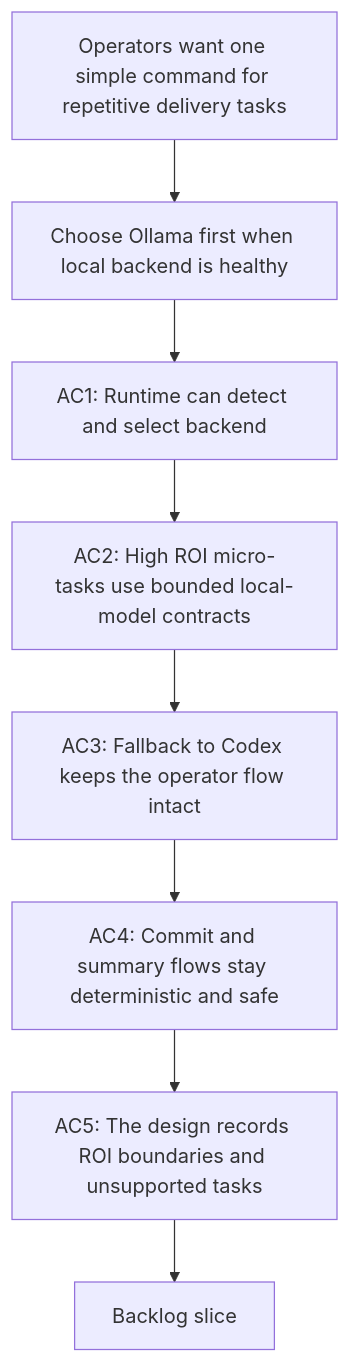
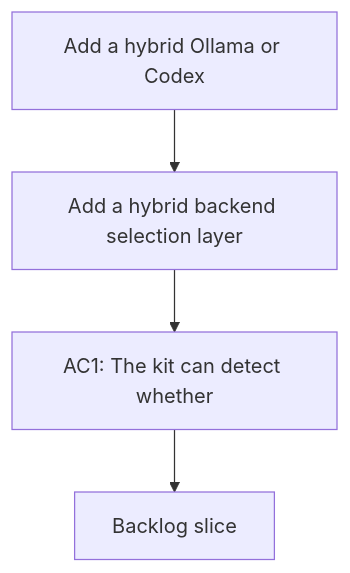
Before and after one commit to AlexAgo83/logics-manager: the diagram in logics/request/req_089_add_a_hybrid_ollama_or_codex_local_orchestration_backend_for_repetitive_logics_delivery_tasks.md, drawn with Mermaid. The commit also changed 481 other files, not shown here.

````diff
--- a/logics/request/req_089_add_a_hybrid_ollama_or_codex_local_orchestration_backend_for_repetitive_logics_delivery_tasks.md
+++ b/logics/request/req_089_add_a_hybrid_ollama_or_codex_local_orchestration_backend_for_repetitive_logics_delivery_tasks.md
@@ -35,12 +35,8 @@
 ```mermaid
 %% logics-kind: request
 %% logics-signature: request|add-a-hybrid-ollama-or-codex-local-orche|add-a-hybrid-backend-selection-layer|ac1-the-kit-can-detect-whether
 flowchart TD
-    Trigger[Operators want one simple command for repetitive delivery tasks] --> Router[Choose Ollama first when local backend is healthy]
-    Router --> AC1[AC1: Runtime can detect and select backend]
-    AC1 --> AC2[AC2: High ROI micro-tasks use bounded local-model contracts]
-    AC2 --> AC3[AC3: Fallback to Codex keeps the operator flow intact]
-    AC3 --> AC4[AC4: Commit and summary flows stay deterministic and safe]
-    AC4 --> AC5[AC5: The design records ROI boundaries and unsupported tasks]
-    AC5 --> Backlog[Backlog slice]
+    Trigger[Add a hybrid Ollama or Codex] --> Need[Add a hybrid backend selection layer]
+    Need --> Outcome[AC1: The kit can detect whether]
+    Outcome --> Backlog[Backlog slice]
 ```
````
